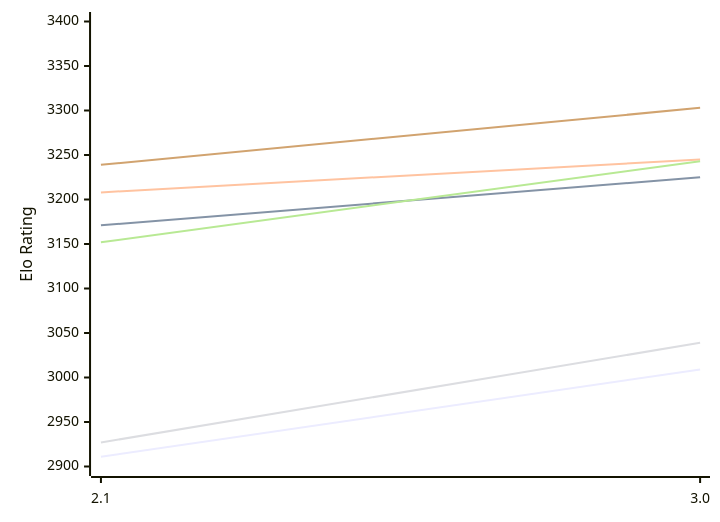
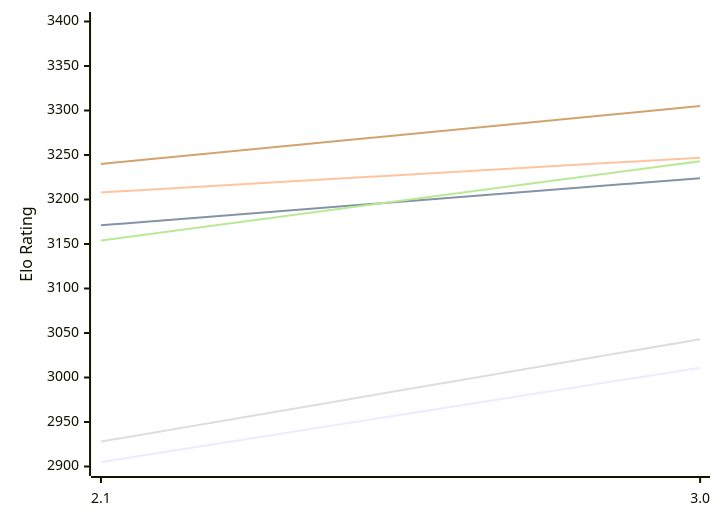
The first of 2 diagrams in engines/Quirky.md (computer-chess-index/cci), drawn with Mermaid before and after one commit. The commit also changed other lines of this file, not shown here.

Commit message:
Update CCI Ratings (ELO VLTC) - 2026-11-27

````diff
--- a/engines/Quirky.md
+++ b/engines/Quirky.md
@@ -50,12 +50,12 @@
 ```mermaid
 %%{init: {"theme":"base","themeVariables":{"seriesColors:['#a3a3a3','#222221','#faa371']}}}%%
 xychart-beta
   x-axis ["2.1", "3.0"]
   y-axis "Elo Rating" 2900 --> 3400
-  line "E1: STC (8.0+0.08s)" [2911, 3009]
-  line "E1: LTC (60.0+0.60s)" [3171, 3225]
-  line "E1: VLTC (2m24s+1.12s)" [3208, 3245]
-  line "P1: STC (8.0+0.08s)" [2927, 3039]
-  line "P1: LTC (60.0+0.60s)" [3152, 3243]
-  line "P1: VLTC (2m24s+1.12s)" [3239, 3303]
+  line "E1: STC (8.0+0.08s)" [2905, 3011]
+  line "E1: LTC (60.0+0.60s)" [3171, 3224]
+  line "E1: VLTC (2m24s+1.12s)" [3208, 3247]
+  line "P1: STC (8.0+0.08s)" [2928, 3043]
+  line "P1: LTC (60.0+0.60s)" [3154, 3243]
+  line "P1: VLTC (2m24s+1.12s)" [3240, 3305]
 ```
````
